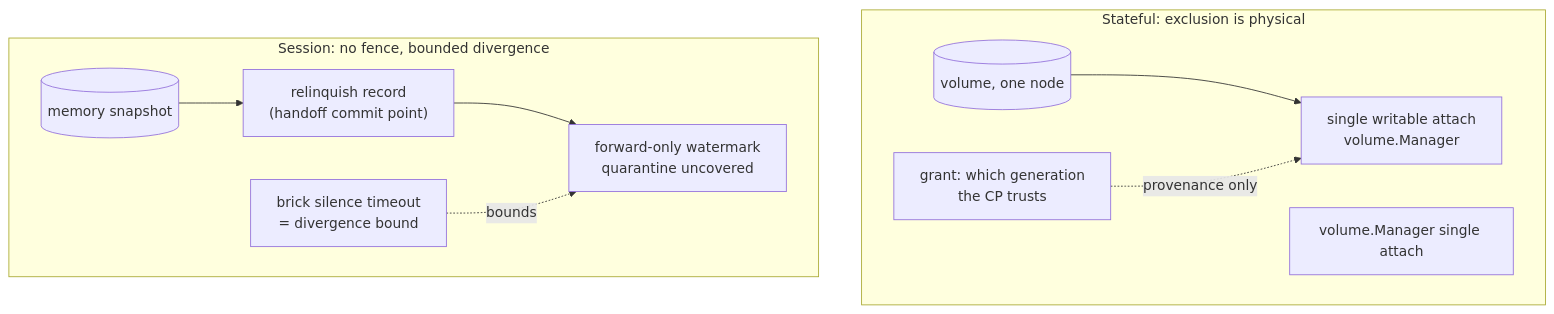
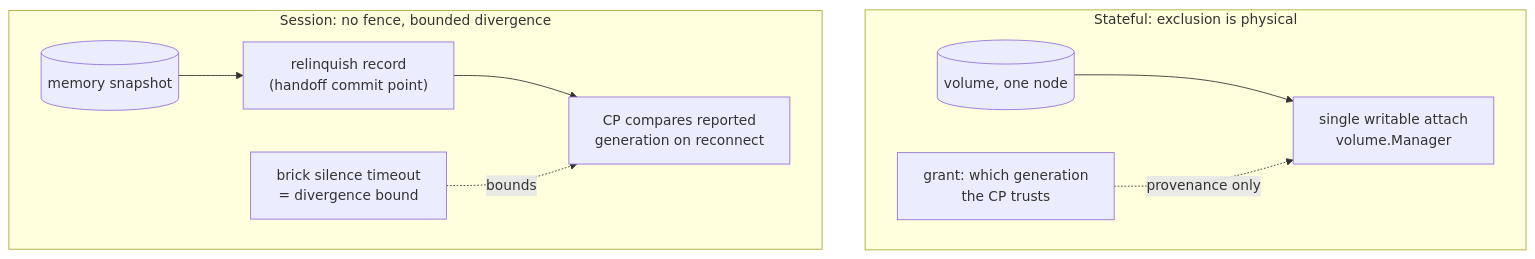
Before and after one commit to jomcgi-org/homelab: the diagram in docs/decisions/embervm/023-class-scoped-ownership-arbitration.md, drawn with Mermaid. The commit also changed other lines of this file and 5 other files, not shown here.

````diff
--- a/docs/decisions/embervm/023-class-scoped-ownership-arbitration.md
+++ b/docs/decisions/embervm/023-class-scoped-ownership-arbitration.md
@@ -101,20 +101,19 @@
 ```mermaid
 graph TB
     subgraph stateful["Stateful: exclusion is physical"]
         V[("volume, one node")]
         A["single writable attach<br/>volume.Manager"]
-        L["volume.Manager single attach"]
         G["grant: which generation<br/>the CP trusts"]
         V --> A
         G -.provenance only.-> A
     end
 
     subgraph session["Session: no fence, bounded divergence"]
         S[("memory snapshot")]
         R["relinquish record<br/>(handoff commit point)"]
-        W["forward-only watermark<br/>quarantine uncovered"]
+        W["CP compares reported<br/>generation on reconnect"]
         T["brick silence timeout<br/>= divergence bound"]
         S --> R --> W
         T -.bounds.-> W
     end
 ```
````
